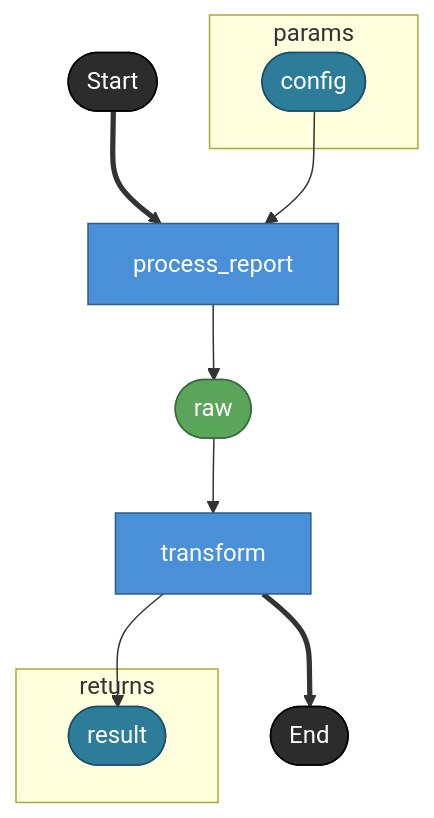
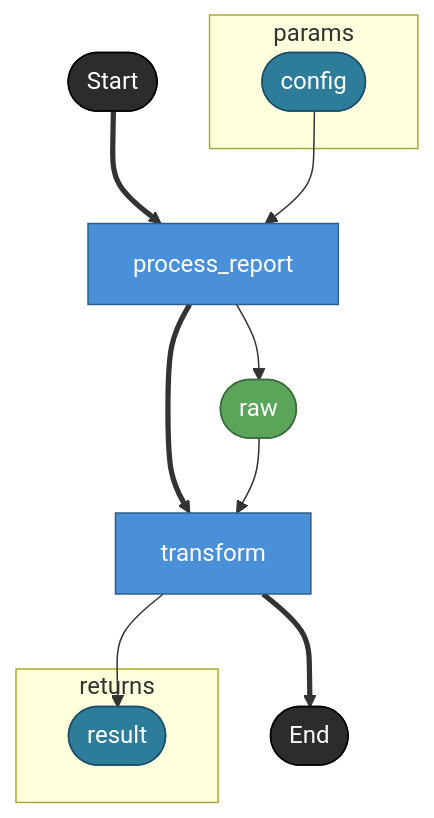
Before and after one commit to hiroshiasayadev-prog/brewprint: the first of 5 diagrams in docs/spec/views/dag.md, drawn with Mermaid. The commit also changed other lines of this file, not shown here.

First line of the commit message:
docs: add task-to-task control flow rule to dag.md

````diff
--- a/docs/spec/views/dag.md
+++ b/docs/spec/views/dag.md
@@ -295,25 +328,26 @@
 ```mermaid
 flowchart TD
   subgraph params
     config([config])
   end
   subgraph returns
     result([result])
   end
 
   _start([Start]) ==> process_report
   config --> process_report[process_report]
   process_report --> raw([raw])
+  process_report ==> transform
   raw --> transform[transform]
   transform --> result
   transform ==> _end([End])
 
   classDef taskNode     fill:#4A90D9,stroke:#2C5F8A,color:#fff
   classDef assetNode    fill:#5BA55B,stroke:#3A6B3A,color:#fff
   classDef terminalNode fill:#2C2C2C,stroke:#000,color:#fff
   classDef boundaryNode fill:#2D7D9A,stroke:#1A5068,color:#fff
   class process_report,transform taskNode
   class raw assetNode
   class _start,_end terminalNode
   class config,result boundaryNode
 ```
````
